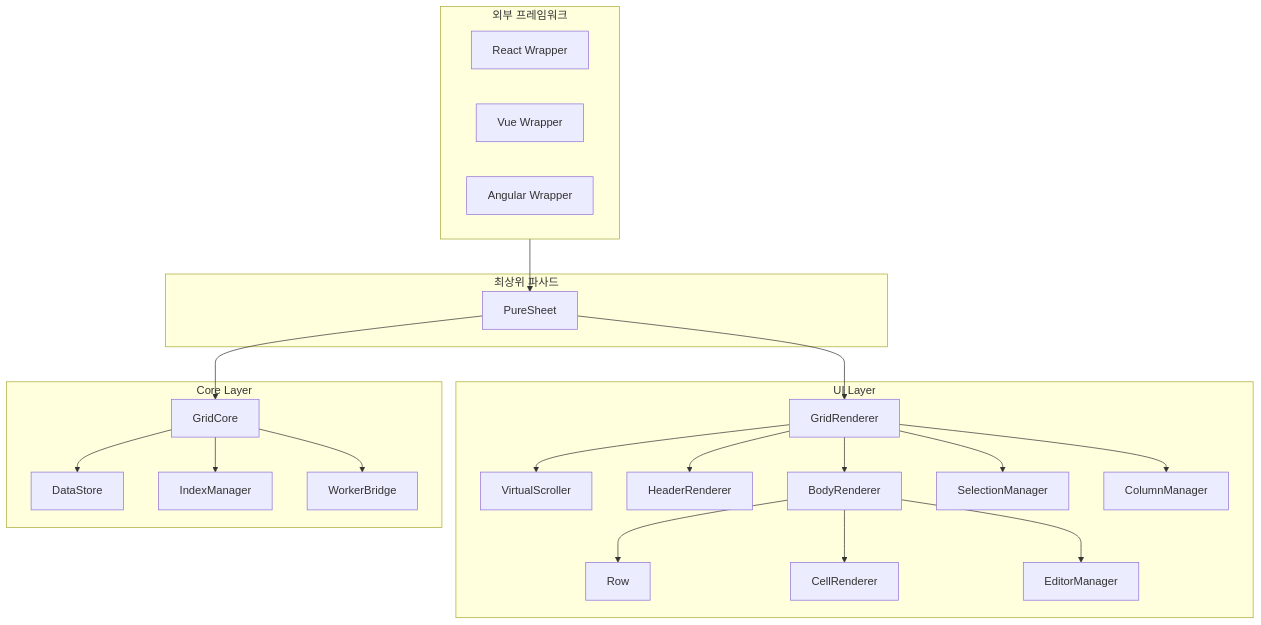
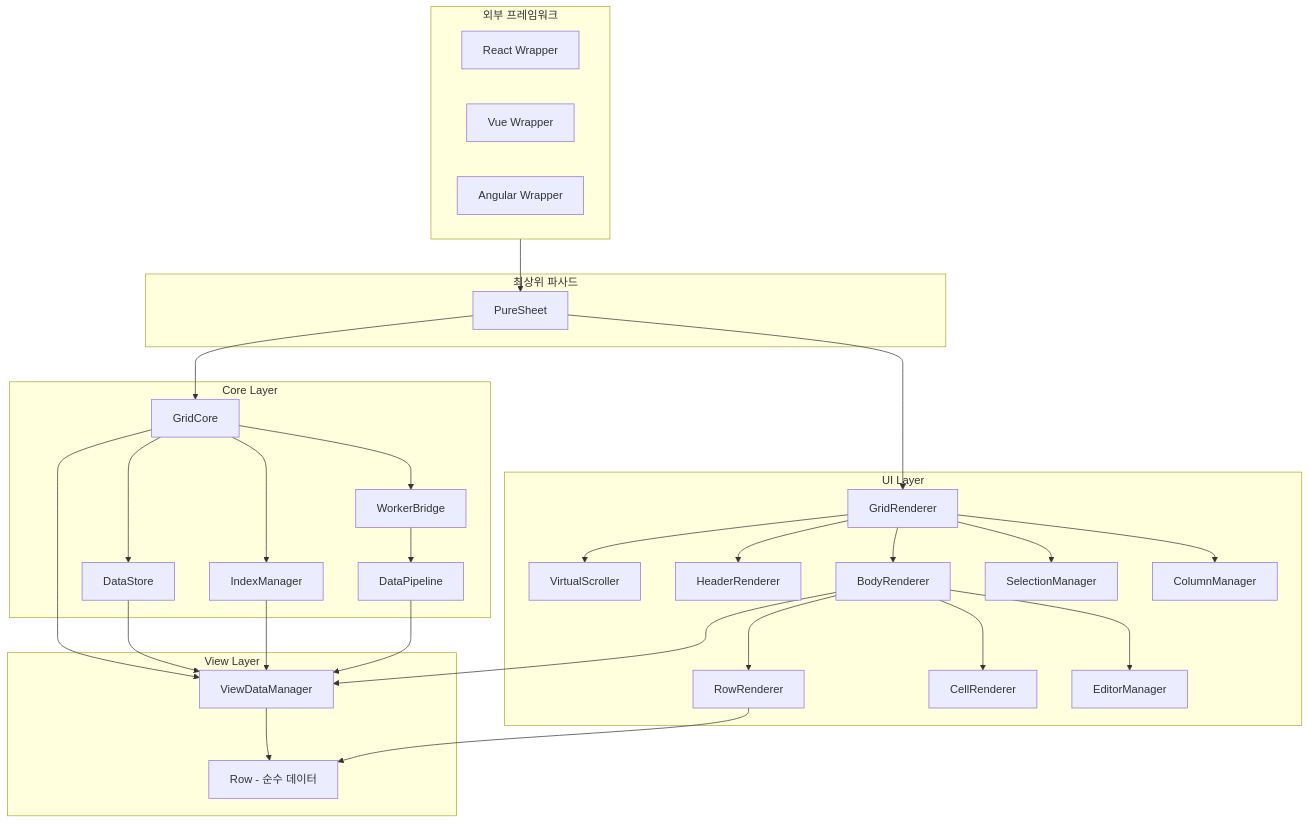
Before and after one commit to jook1356/grid: the first of 2 diagrams in docs/base/ARCHITECTURE-UI.md, drawn with Mermaid. The commit also changed other lines of this file and 21 other files, not shown here.

````diff
--- a/docs/base/ARCHITECTURE-UI.md
+++ b/docs/base/ARCHITECTURE-UI.md
@@ -5,46 +5,60 @@
 ```mermaid
 flowchart TB
     subgraph External [외부 프레임워크]
         React[React Wrapper]
         Vue[Vue Wrapper]
         Angular[Angular Wrapper]
     end
     
     subgraph MainFacade [최상위 파사드]
         PS[PureSheet]
     end
     
     subgraph UILayer [UI Layer]
         GR[GridRenderer]
         VR[VirtualScroller]
         HR[HeaderRenderer]
         BR[BodyRenderer]
-        ROW[Row]
+        RR[RowRenderer]
         CR[CellRenderer]
         ER[EditorManager]
         SM[SelectionManager]
         CM[ColumnManager]
+    end
+    
+    subgraph ViewLayer [View Layer]
+        VDM[ViewDataManager]
+        ROW[Row - 순수 데이터]
     end
     
     subgraph CoreLayer [Core Layer]
         GC[GridCore]
         DS[DataStore]
         IM[IndexManager]
         WB[WorkerBridge]
+        PL[DataPipeline]
     end
     
     External --> PS
     PS --> GR
     PS --> GC
     GR --> VR
     GR --> HR
     GR --> BR
-    BR --> ROW
+    BR --> VDM
+    VDM --> ROW
+    BR --> RR
+    RR --> ROW
     BR --> CR
     BR --> ER
     GR --> SM
     GR --> CM
     GC --> DS
     GC --> IM
     GC --> WB
+    GC --> VDM
+    DS --> VDM
+    IM --> VDM
+    WB --> PL
+    PL --> VDM
 ```
````
